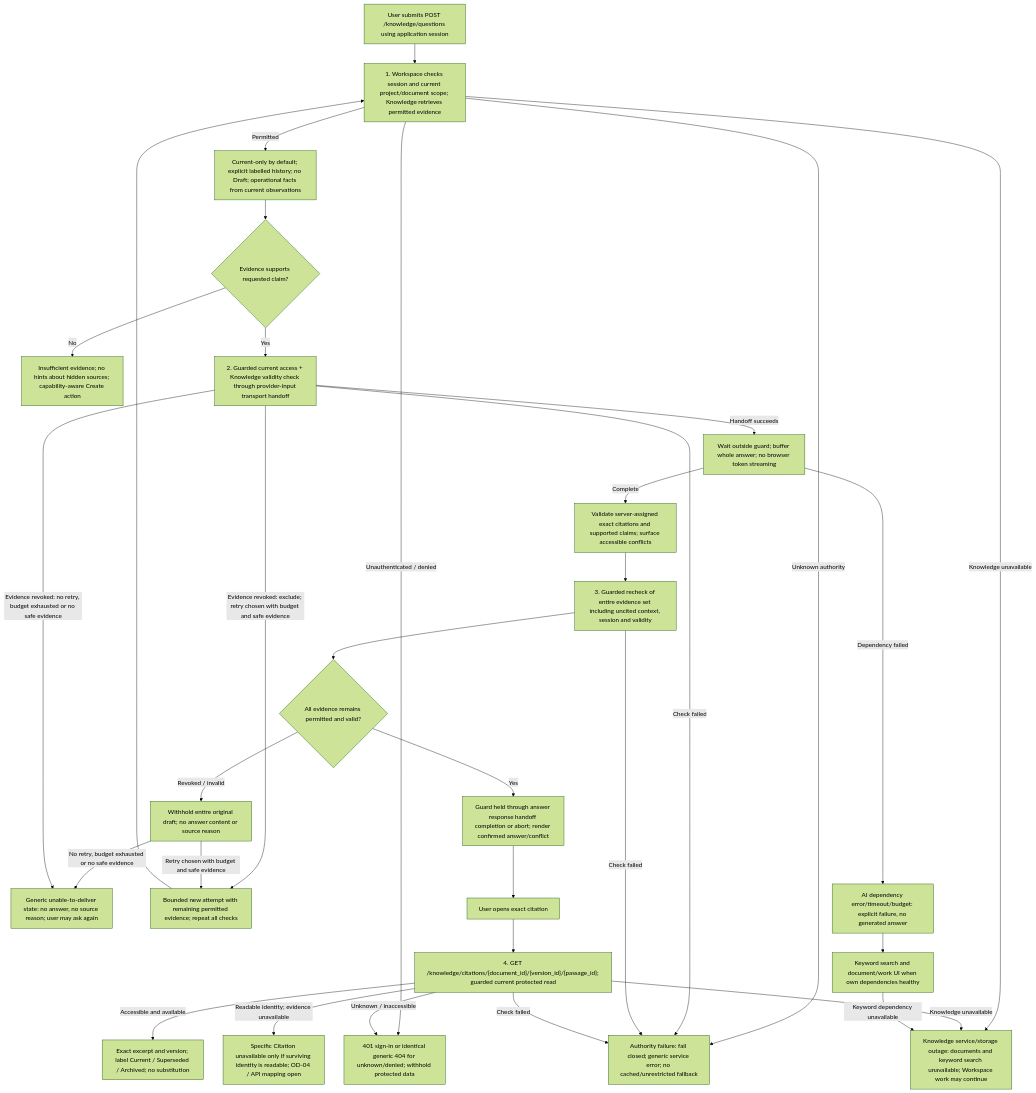
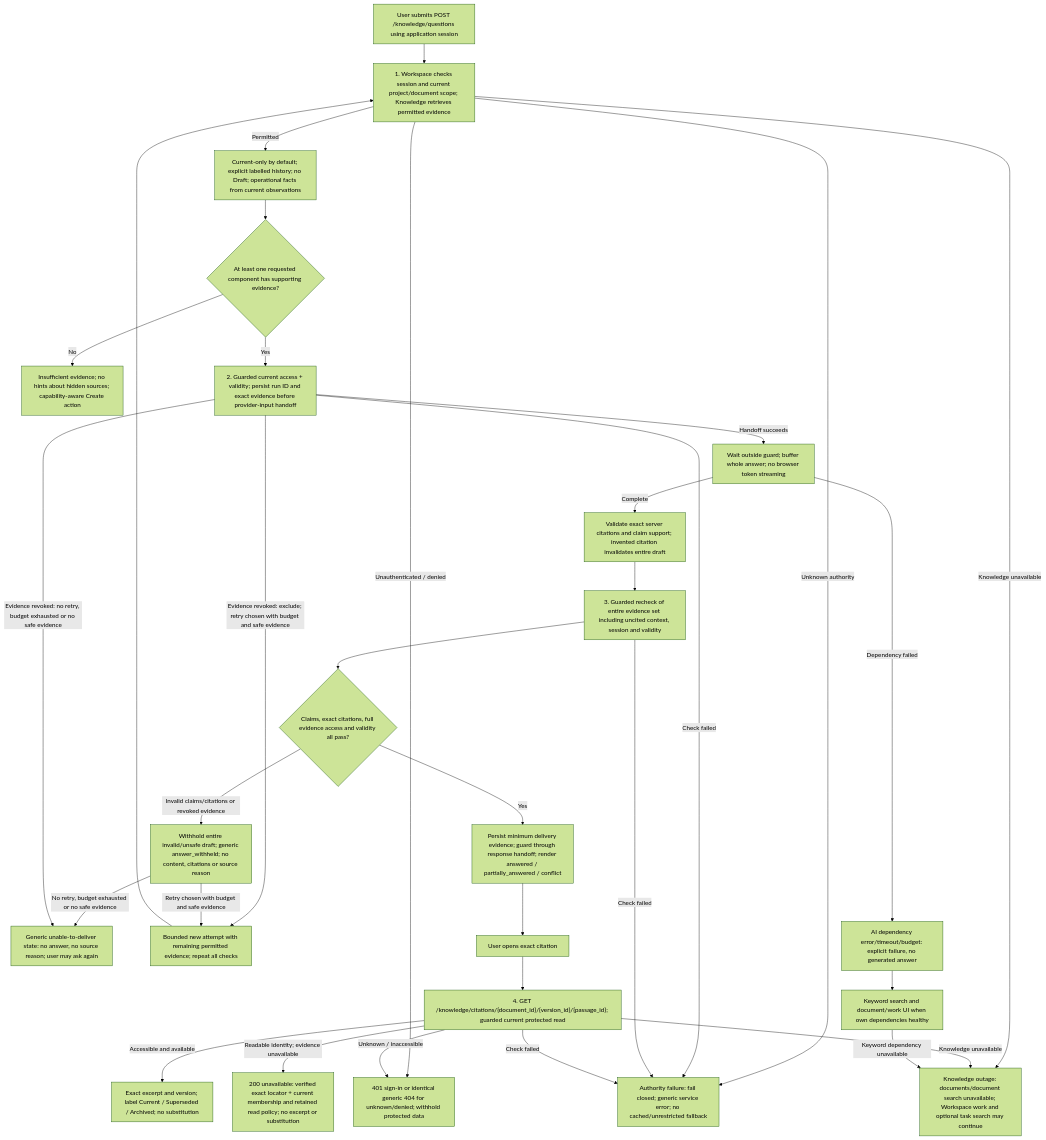
Before and after one commit to 900M100CK/scrum-workspace-KMS-ai: the diagram in docs/sdlc/diagrams/flowchart/ai-qa-flow.mmd, drawn with Mermaid (forest theme). The commit also changed 115 other files, not shown here.

```diff
--- a/docs/sdlc/diagrams/flowchart/ai-qa-flow.mmd
+++ b/docs/sdlc/diagrams/flowchart/ai-qa-flow.mmd
@@ -1,61 +1,63 @@
-%% Origin: docs/ux/flows/ai-qa-flow.md v0.4
-%% DGM-FLOW-01 v0.4 Draft - 12 October 2026
-%% Sources: PRD-01 v0.4; UC-02 v0.2; SAD-03 v0.5; Proposed ADR-0001 v0.2 / ADR-0006 v0.1; OpenAPI v0.1.0
+%% Origin: docs/ux/flows/ai-qa-flow.md v0.5
+%% DGM-FLOW-01 v0.6 Draft - 14 October 2026
+%% Sources: PRD-01 v0.5; UC-02 v0.3; SAD-03 v0.7; ADR-0007/0009/0011/0012/0013/0015/0016/0017; Workspace OpenAPI v0.2.1; Knowledge OpenAPI v0.2.2
 %% Trace: FR-18-FR-30, FR-33-FR-34, FR-46, FR-53-FR-55, FR-59-FR-61, FR-69; SC-02, SC-03, SC-05-SC-08
 %% UX / server responsibilities are labelled. API keys are relative to /api. Policy and runtime evidence remain unapproved.
 flowchart TD
     Unable["Generic unable-to-deliver state: no answer, no source reason; user may ask again"]
     Start["User submits POST /knowledge/questions using application session"]
     Read["1. Workspace checks session and current project/document scope; Knowledge retrieves permitted evidence"]
     Scope["Current-only by default; explicit labelled history; no Draft; operational facts from current observations"]
-    Enough{"Evidence supports requested claim?"}
+    Enough{"At least one requested component has supporting evidence?"}
     Insufficient["Insufficient evidence; no hints about hidden sources; capability-aware Create action"]
-    Provider["2. Guarded current access + Knowledge validity check through provider-input transport handoff"]
+    Provider["2. Guarded current access + validity; persist run ID and exact evidence before provider-input handoff"]
     Generate["Wait outside guard; buffer whole answer; no browser token streaming"]
-    Validate["Validate server-assigned exact citations and supported claims; surface accessible conflicts"]
+    Validate["Validate exact server citations and claim support; invented citation invalidates entire draft"]
     Delivery["3. Guarded recheck of entire evidence set including uncited context, session and validity"]
-    Safe{"All evidence remains permitted and valid?"}
-    Withhold["Withhold entire original draft; no answer content or source reason"]
+    Safe{"Claims, exact citations, full evidence access and validity all pass?"}
+    Withhold["Withhold entire invalid/unsafe draft; generic answer_withheld; no content, citations or source reason"]
     Retry["Bounded new attempt with remaining permitted evidence; repeat all checks"]
-    Answer["Guard held through answer response handoff completion or abort; render confirmed answer/conflict"]
+    Answer["Persist minimum delivery evidence; guard through response handoff; render answered / partially_answered / conflict"]
     Click["User opens exact citation"]
     Citation["4. GET /knowledge/citations/{document_id}/{version_id}/{passage_id}; guarded current protected read"]
     Inspect["Exact excerpt and version; label Current / Superseded / Archived; no substitution"]
-    Unavailable["Specific Citation unavailable only if surviving identity is readable; OD-04 / API mapping open"]
+    Unavailable["200 unavailable: verified exact locator + current membership and retained read policy; no excerpt or substitution"]
     Denied["401 sign-in or identical generic 404 for unknown/denied; withhold protected data"]
     Authority["Authority failure: fail closed; generic service error; no cached/unrestricted fallback"]
     AIError["AI dependency error/timeout/budget: explicit failure, no generated answer"]
     Fallback["Keyword search and document/work UI when own dependencies healthy"]
-    KnowledgeError["Knowledge service/storage outage: documents and keyword search unavailable; Workspace work may continue"]
+    KnowledgeError["Knowledge outage: documents/document search unavailable; Workspace work and optional task search may continue"]
     Start --> Read
     Read -->|Permitted| Scope
     Read -->|Unauthenticated / denied| Denied
     Read -->|Unknown authority| Authority
     Scope --> Enough
     Enough -->|No| Insufficient
     Enough -->|Yes| Provider
     Provider -->|Handoff succeeds| Generate
     Provider -->|Evidence revoked: exclude; retry chosen with budget and safe evidence| Retry
     Provider -->|Check failed| Authority
     Generate -->|Complete| Validate
     Generate -->|Dependency failed| AIError
     Validate --> Delivery
     Delivery --> Safe
     Safe -->|Yes| Answer
-    Safe -->|Revoked / invalid| Withhold
+    Safe -->|Invalid claims/citations or revoked evidence| Withhold
     Delivery -->|Check failed| Authority
     Withhold -->|Retry chosen with budget and safe evidence| Retry
     Retry --> Read
     Answer --> Click
     Click --> Citation
     Citation -->|Accessible and available| Inspect
     Citation -->|Readable identity; evidence unavailable| Unavailable
     Citation -->|Unknown / inaccessible| Denied
     Citation -->|Check failed| Authority
     AIError --> Fallback
     Read -->|Knowledge unavailable| KnowledgeError
     Citation -->|Knowledge unavailable| KnowledgeError
     Fallback -->|Keyword dependency unavailable| KnowledgeError
     Withhold -->|No retry, budget exhausted or no safe evidence| Unable
     Provider -->|Evidence revoked: no retry, budget exhausted or no safe evidence| Unable
 %% Change: current origin metadata registered for docs:lint; graph semantics retained.
+
+%% Amendment: owner-confirmed partial answers, unavailable identity and membership rules; rendered review pending.
```
